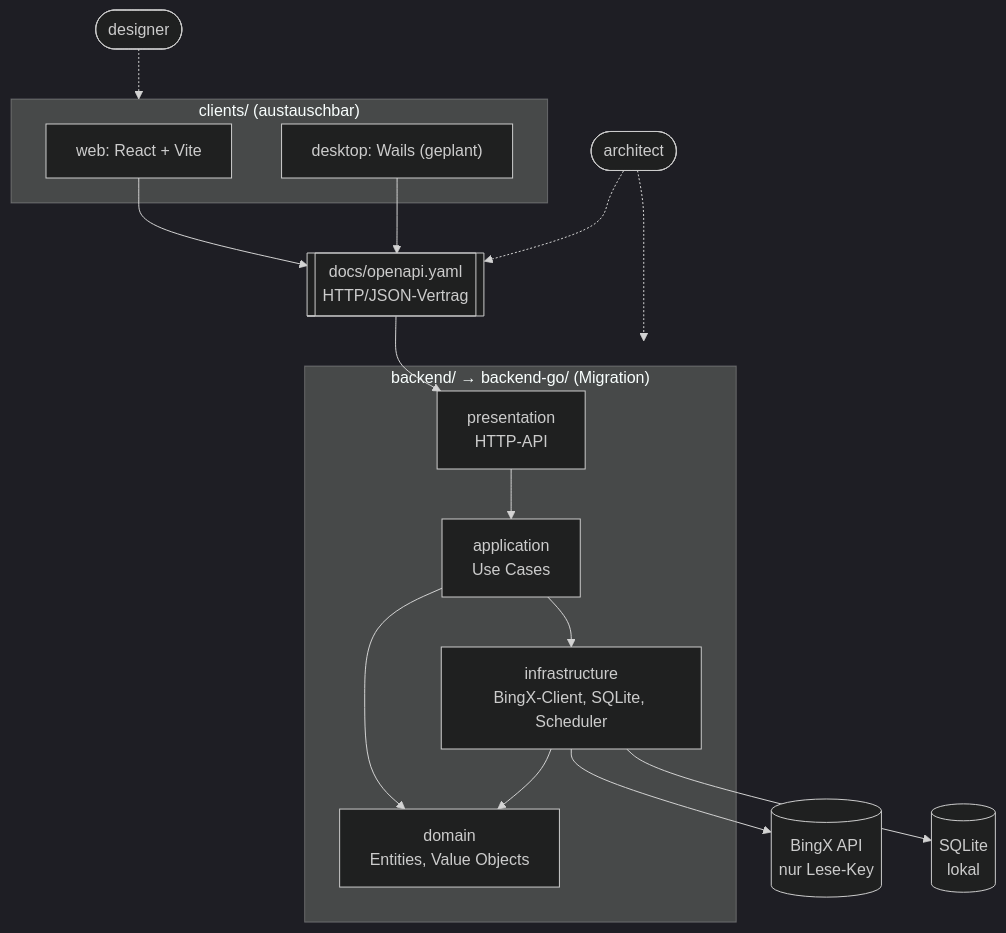
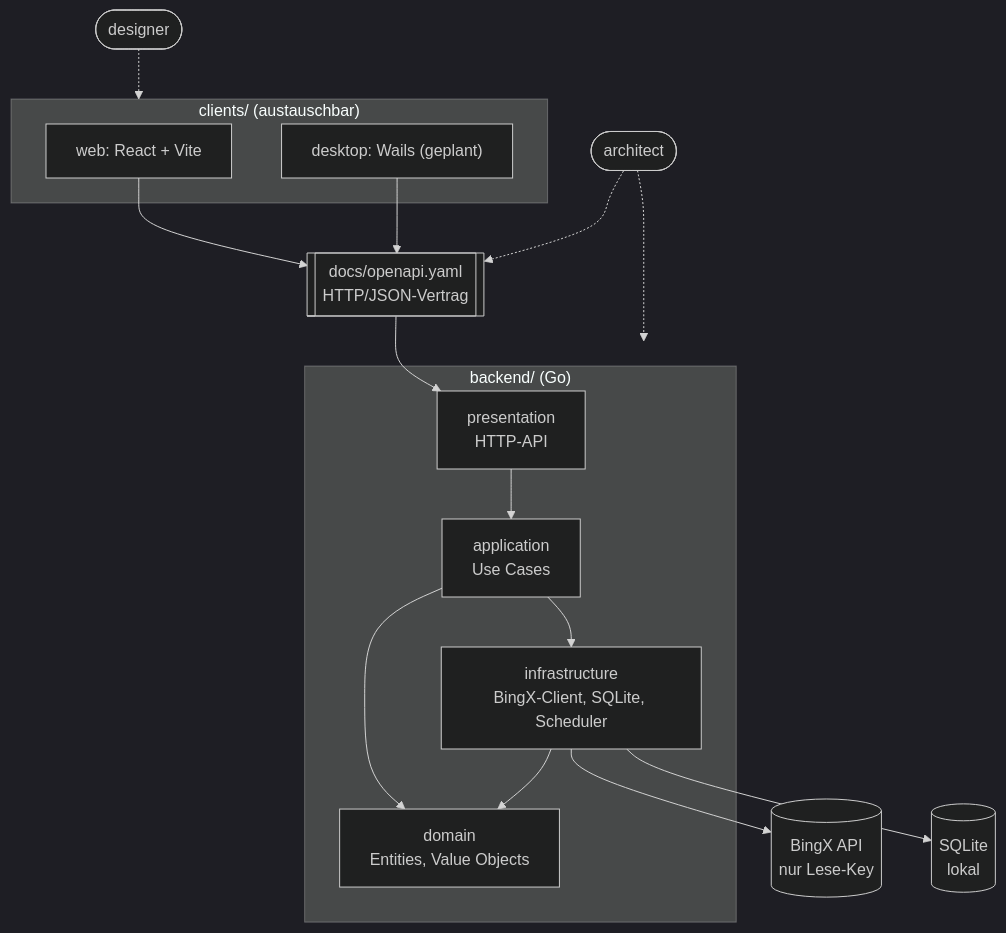
One commit to monkey-trader/trading-intelligence-platform changed the fifth of 5 diagrams in docs/ai-setup.md. Above: the diagram before and after it, drawn with Mermaid (dark theme). The commit also changed 372 other files, not shown here.

First line of the commit message:
feat: Kerzen-Chart pro offener Position (Stufe 1), TS-Backend entfernt (#12)

````diff
--- a/docs/ai-setup.md
+++ b/docs/ai-setup.md
@@ -122,29 +122,29 @@
 ```mermaid
 flowchart TB
     subgraph Clients["clients/ (austauschbar)"]
         WEB["web: React + Vite"]
         DESK["desktop: Wails (geplant)"]
     end
     VERTRAG[["docs/openapi.yaml<br/>HTTP/JSON-Vertrag"]]
-    subgraph Backend["backend/ → backend-go/ (Migration)"]
+    subgraph Backend["backend/ (Go)"]
         PRES["presentation<br/>HTTP-API"]
         APP["application<br/>Use Cases"]
         DOM["domain<br/>Entities, Value Objects"]
         INFRA["infrastructure<br/>BingX-Client, SQLite, Scheduler"]
     end
     BINGX[("BingX API<br/>nur Lese-Key")]
     DB[("SQLite<br/>lokal")]
 
     WEB --> VERTRAG
     DESK --> VERTRAG
     VERTRAG --> PRES
     PRES --> APP --> DOM
     INFRA --> DOM
     APP --> INFRA
     INFRA --> BINGX
     INFRA --> DB
 
     DSG(["designer"]) -.-> Clients
     ARC(["architect"]) -.-> VERTRAG
     ARC -.-> Backend
 ```
````
